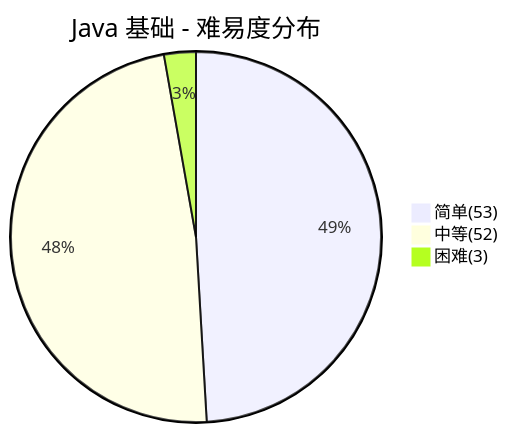
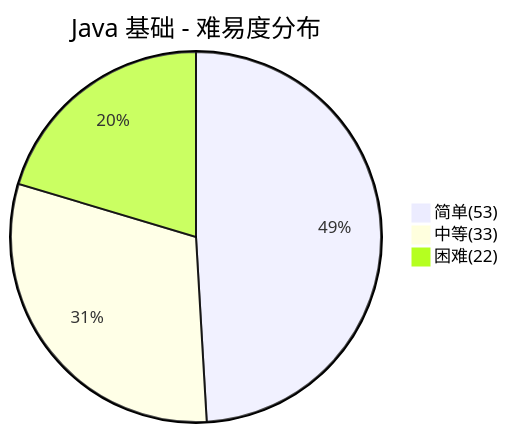
Before and after one commit to dunwu/waterdrop: the first of 4 diagrams in docs/99.面试/JavaCore面试.md, drawn with Mermaid. The commit also changed other lines of this file and 73 other files, not shown here.

````diff
--- a/docs/99.面试/JavaCore面试.md
+++ b/docs/99.面试/JavaCore面试.md
@@ -34,6 +34,6 @@
 ```mermaid
 pie title Java 基础 - 难易度分布
     "简单(53)" : 53
-    "中等(52)" : 52
-    "困难(3)" : 3
+    "中等(33)" : 33
+    "困难(22)" : 22
 ```
````
